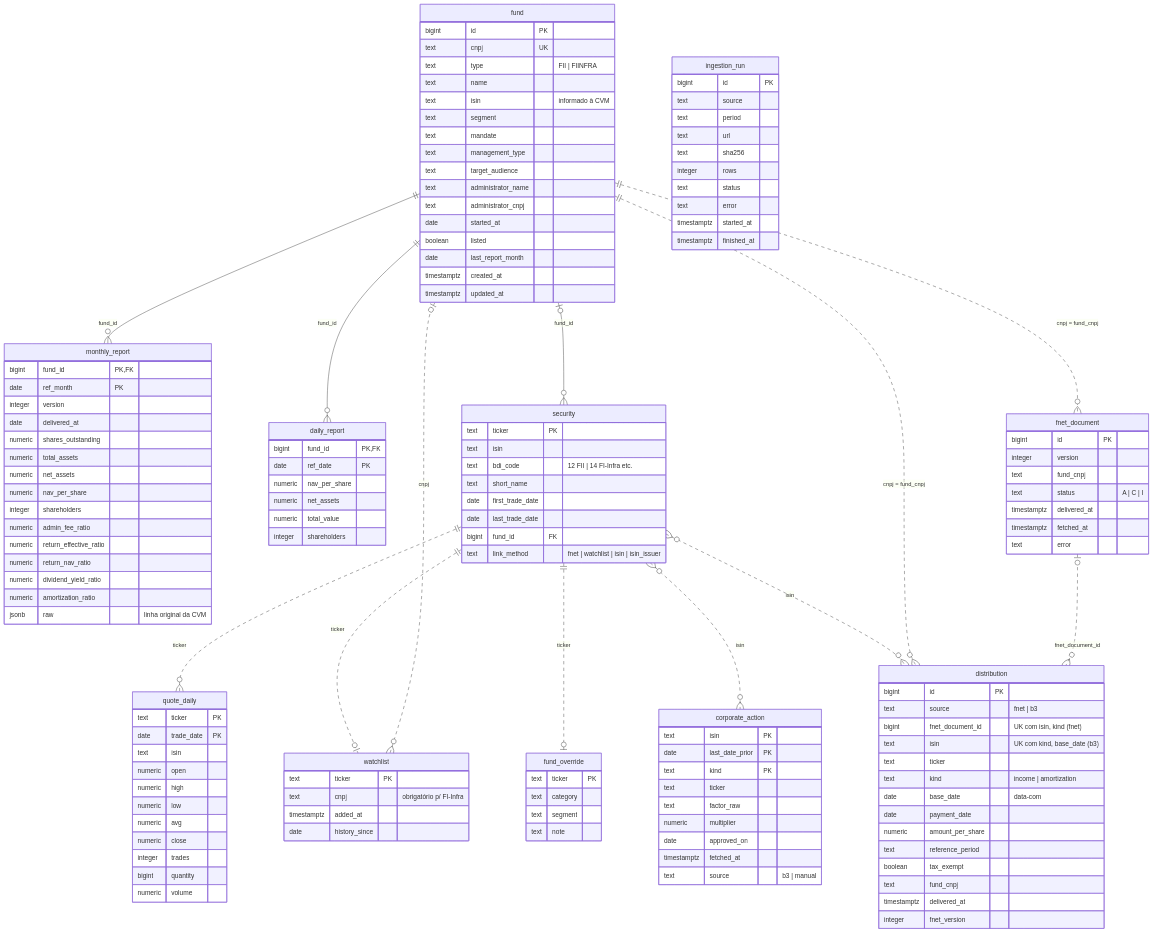
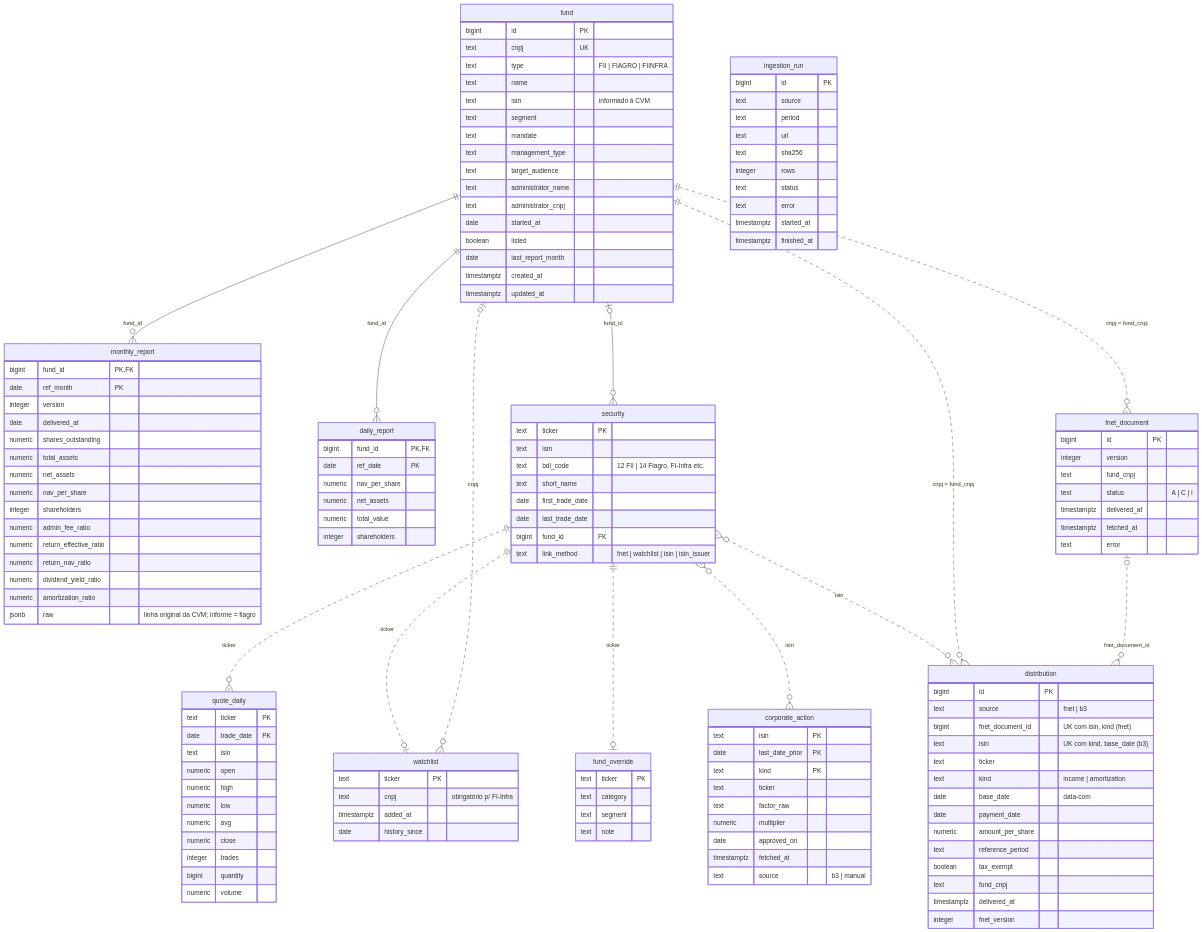
The second of 2 diagrams in docs/ingestion.md (joao-sallaberry/fiidb), drawn with Mermaid before and after one commit. The commit also changed other lines of this file and 13 other files, not shown here.

First line of the commit message:
Add Fiagro funds from the CVM Fiagro monthly report

```diff
--- a/docs/ingestion.md
+++ b/docs/ingestion.md
@@ -88,7 +91,7 @@
     fund {
         bigint id PK
         text cnpj UK
-        text type "FII | FIINFRA"
+        text type "FII | FIAGRO | FIINFRA"
         text name
         text isin "informado à CVM"
         text segment
@@ -118,7 +121,7 @@
         numeric return_nav_ratio
         numeric dividend_yield_ratio
         numeric amortization_ratio
-        jsonb raw "linha original da CVM"
+        jsonb raw "linha original da CVM; informe = fiagro"
     }
     daily_report {
         bigint fund_id PK, FK
@@ -131,7 +134,7 @@
     security {
         text ticker PK
         text isin
-        text bdi_code "12 FII | 14 FI-Infra etc."
+        text bdi_code "12 FII | 14 Fiagro, FI-Infra etc."
         text short_name
         date first_trade_date
         date last_trade_date
```
